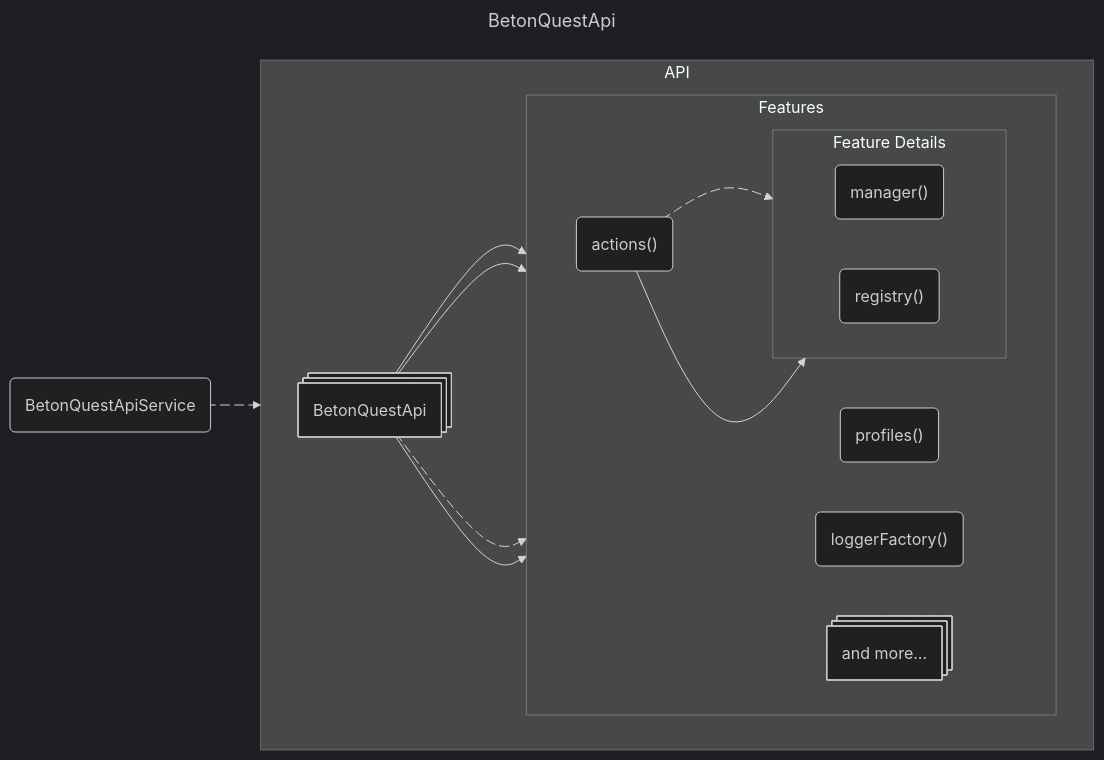
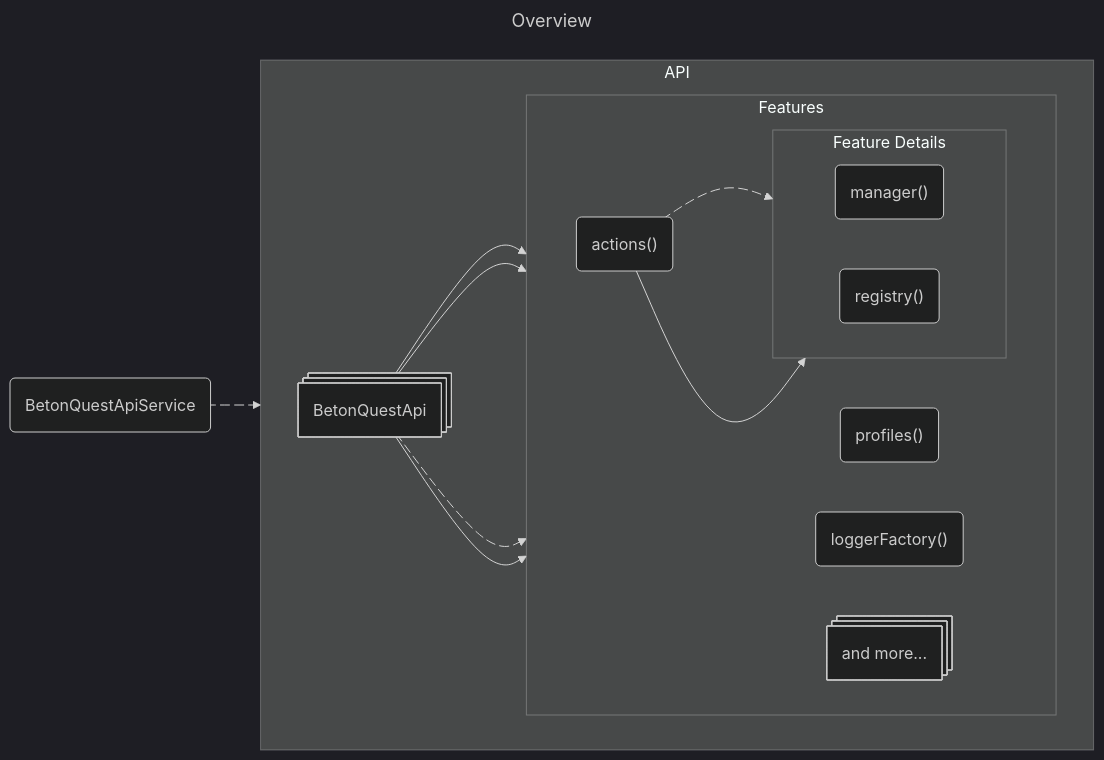
Before and after one commit to BetonQuest/BetonQuest: the fourth of 4 diagrams in docs/API/Quest/Overview.md, drawn with Mermaid (dark theme). The commit also changed other lines of this file and 2 other files, not shown here.

````diff
--- a/docs/API/Quest/Overview.md
+++ b/docs/API/Quest/Overview.md
@@ -81,35 +81,35 @@
         ```mermaid
         ---
-        title: BetonQuestApi
+        title: Overview
         ---
         flowchart LR
             Service("BetonQuestApiService")
             subgraph one [API]
                 direction LR
                 API@{ shape: procs, label: "BetonQuestApi"}
             subgraph two [Features]
                 direction LR
                 profiles("profiles()")
                 loggerFactory("loggerFactory()")
                 actions("actions()")
                 more@{ shape: procs, label: "and more..."}
                 
                 subgraph three [Feature Details]
                         direction LR
                         manager("manager()")
                         registry("registry()")
                 end
                 actions target3@--> manager
                 actions --> registry
                 
             end
             API --> profiles
             API --> loggerFactory
             API target2@--> actions
             API --> more
             end
             Service target1@--> API
             target1@{ animate: true }
             target2@{ animate: true }
             target3@{ animate: true }
         ```
````
